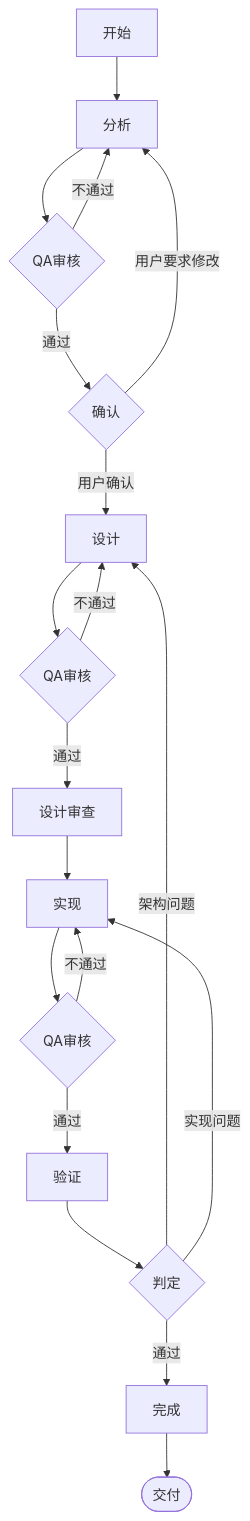
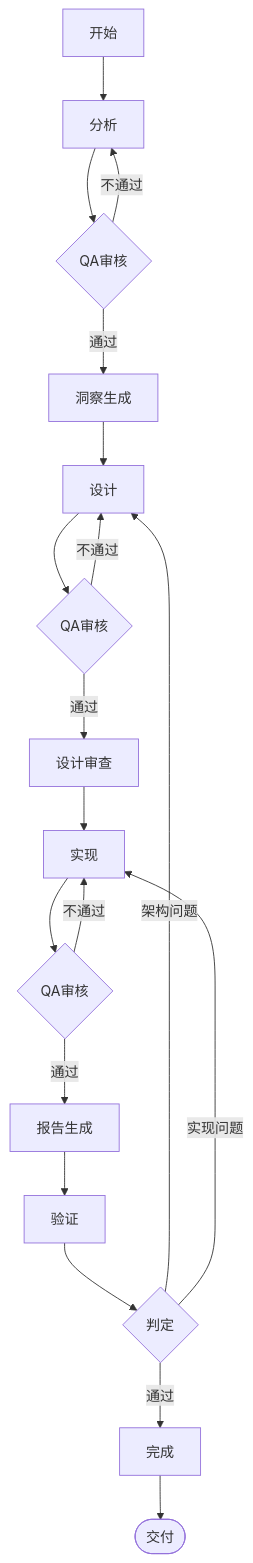
One commit to songzhou666/conspect changed the diagram in protocols/phase-protocol.md. Above: the diagram before and after it, drawn with Mermaid. The commit also changed other lines of this file and 19 other files, not shown here.

````diff
--- a/protocols/phase-protocol.md
+++ b/protocols/phase-protocol.md
@@ -7,21 +7,21 @@
 ```mermaid
 flowchart TD
     A[开始] --> B[分析]
     B --> QA1{QA审核}
-    QA1 -->|通过| C{确认}
+    QA1 -->|通过| INS[洞察生成]
     QA1 -->|不通过| B
-    C -->|用户确认| D[设计]
-    C -->|用户要求修改| B
+    INS --> D[设计]
     D --> QA2{QA审核}
     QA2 -->|通过| V[设计审查]
     QA2 -->|不通过| D
     V --> E[实现]
     E --> QA3{QA审核}
-    QA3 -->|通过| F[验证]
+    QA3 -->|通过| R[报告生成]
     QA3 -->|不通过| E
+    R --> F[验证]
     F --> G{判定}
     G -->|通过| H[完成]
     G -->|架构问题| D
     G -->|实现问题| E
     H --> I([交付])
 ```
````
